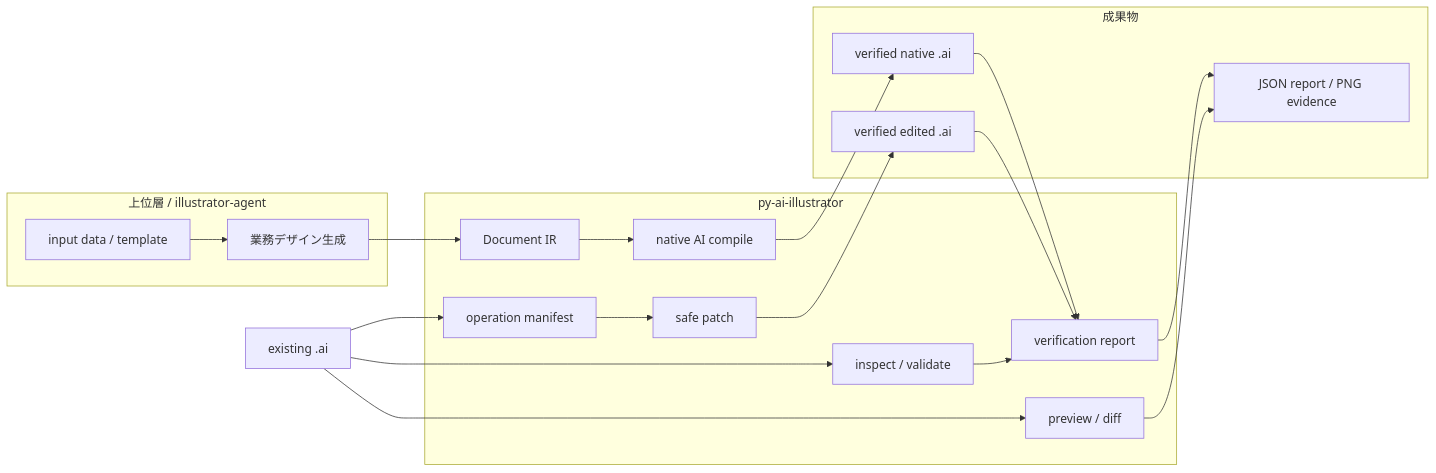
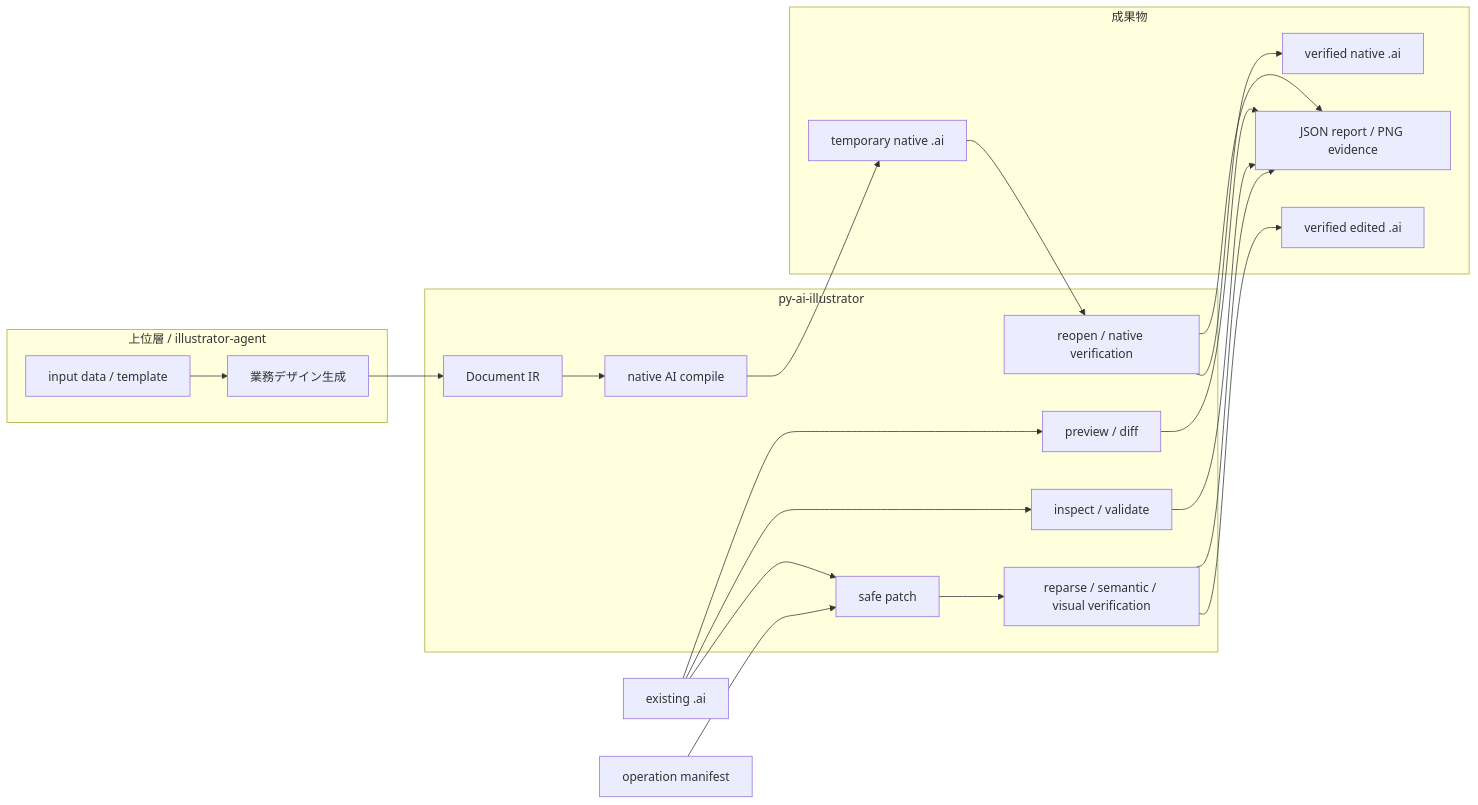
The diagram in docs/system-overview.md (yumehiko/py-ai-illustrator), drawn with Mermaid before and after one commit.

Commit message:
Fix overview flow ordering

````diff
--- a/docs/system-overview.md
+++ b/docs/system-overview.md
@@ -7,32 +7,34 @@
 ```mermaid
 flowchart LR
   subgraph UP[上位層 / illustrator-agent]
     DATA[input data / template]
     DESIGN[業務デザイン生成]
     DATA --> DESIGN
   end
 
   subgraph CORE[py-ai-illustrator]
     IR[Document IR]
-    MANIFEST[operation manifest]
     READ[inspect / validate]
     PATCH[safe patch]
-    VERIFY[verification report]
+    PATCH_VERIFY[reparse / semantic / visual verification]
     PREVIEW[preview / diff]
     COMPILE[native AI compile]
+    NATIVE_VERIFY[reopen / native verification]
   end
 
   subgraph AI[成果物]
+    TEMP[temporary native .ai]
     NATIVE[verified native .ai]
     EDITED[verified edited .ai]
     EVIDENCE[JSON report / PNG evidence]
   end
 
-  DESIGN --> IR --> COMPILE --> NATIVE
-  EXISTING[existing .ai] --> MANIFEST --> PATCH --> EDITED
-  EXISTING --> READ --> VERIFY
+  DESIGN --> IR --> COMPILE --> TEMP --> NATIVE_VERIFY --> NATIVE
+  EXISTING[existing .ai] --> PATCH
+  MANIFEST[operation manifest] --> PATCH
+  PATCH --> PATCH_VERIFY --> EDITED
+  EXISTING --> READ --> EVIDENCE
   EXISTING --> PREVIEW --> EVIDENCE
-  EDITED --> VERIFY
-  NATIVE --> VERIFY
-  VERIFY --> EVIDENCE
+  PATCH_VERIFY --> EVIDENCE
+  NATIVE_VERIFY --> EVIDENCE
 ```
````
